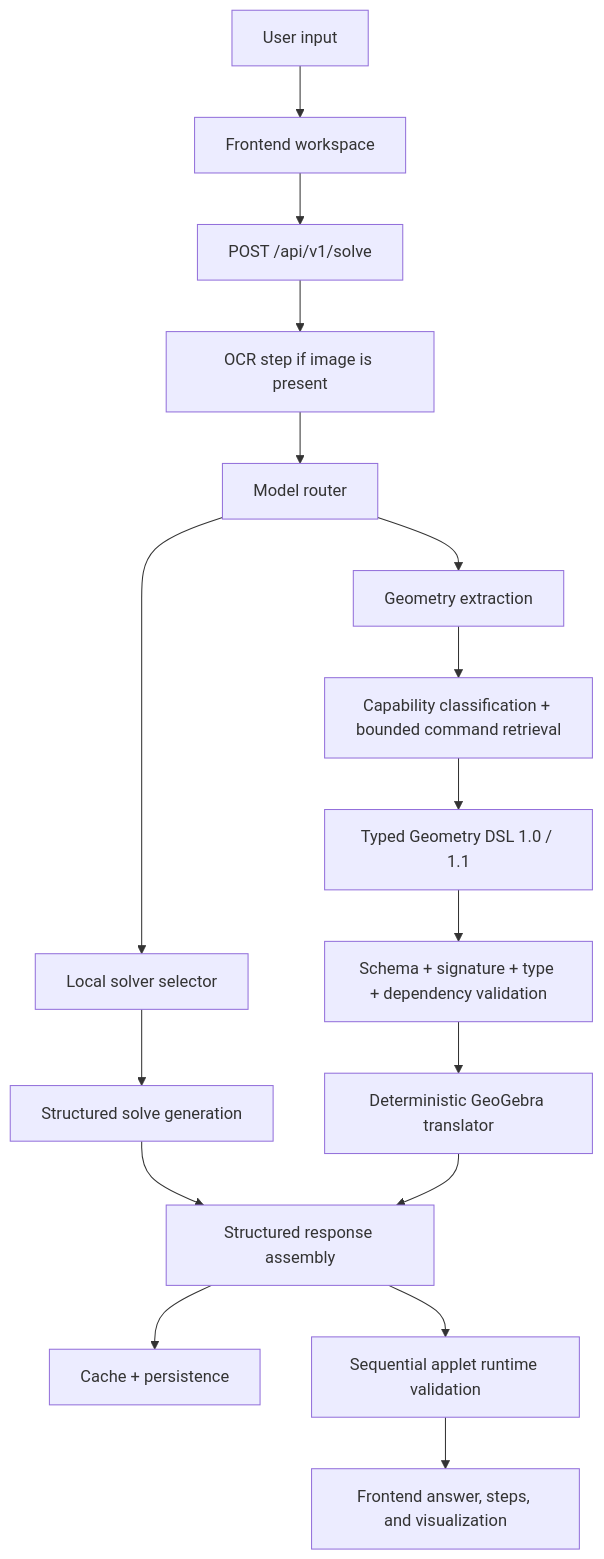
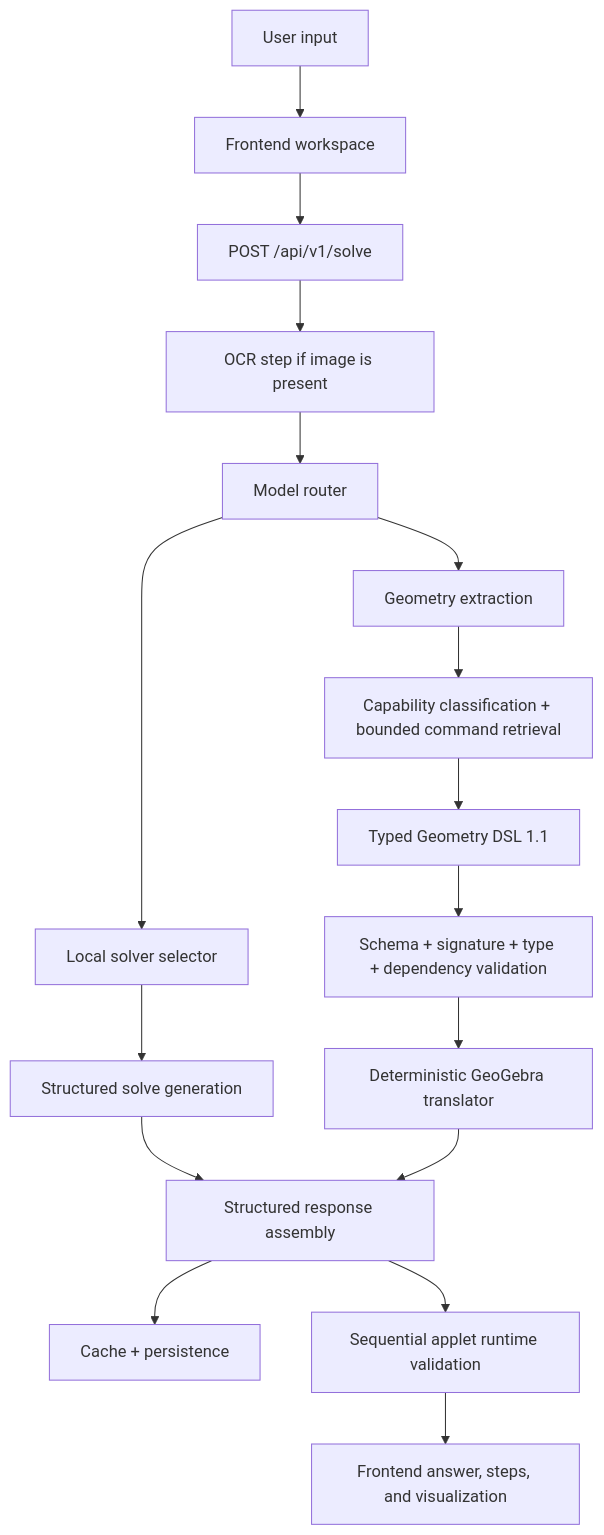
The diagram in docs/ARCHITECTURE.md (adamtcprods/intomath), drawn with Mermaid before and after one commit. The commit also changed other lines of this file and 24 other files, not shown here.

Commit message:
Refactor solver pipeline, migrate to GPT-OSS models, enforce Geometry DSL 1.1, improve fallbacks/tests, and move solver route to `/solve`.

````diff
--- a/docs/ARCHITECTURE.md
+++ b/docs/ARCHITECTURE.md
@@ -17,19 +17,19 @@
 ```mermaid
 flowchart TD
     A[User input] --> B[Frontend workspace]
     B --> C[POST /api/v1/solve]
     C --> D[OCR step if image is present]
     D --> E[Model router]
     E --> L[Local solver selector]
     L --> F[Structured solve generation]
     E --> G[Geometry extraction]
     G --> H[Capability classification + bounded command retrieval]
-    H --> I[Typed Geometry DSL 1.0 / 1.1]
+    H --> I[Typed Geometry DSL 1.1]
     I --> V[Schema + signature + type + dependency validation]
     V --> T[Deterministic GeoGebra translator]
     F --> J[Structured response assembly]
     T --> J
     J --> K[Cache + persistence]
     J --> R[Sequential applet runtime validation]
     R --> U[Frontend answer, steps, and visualization]
 ```
````
